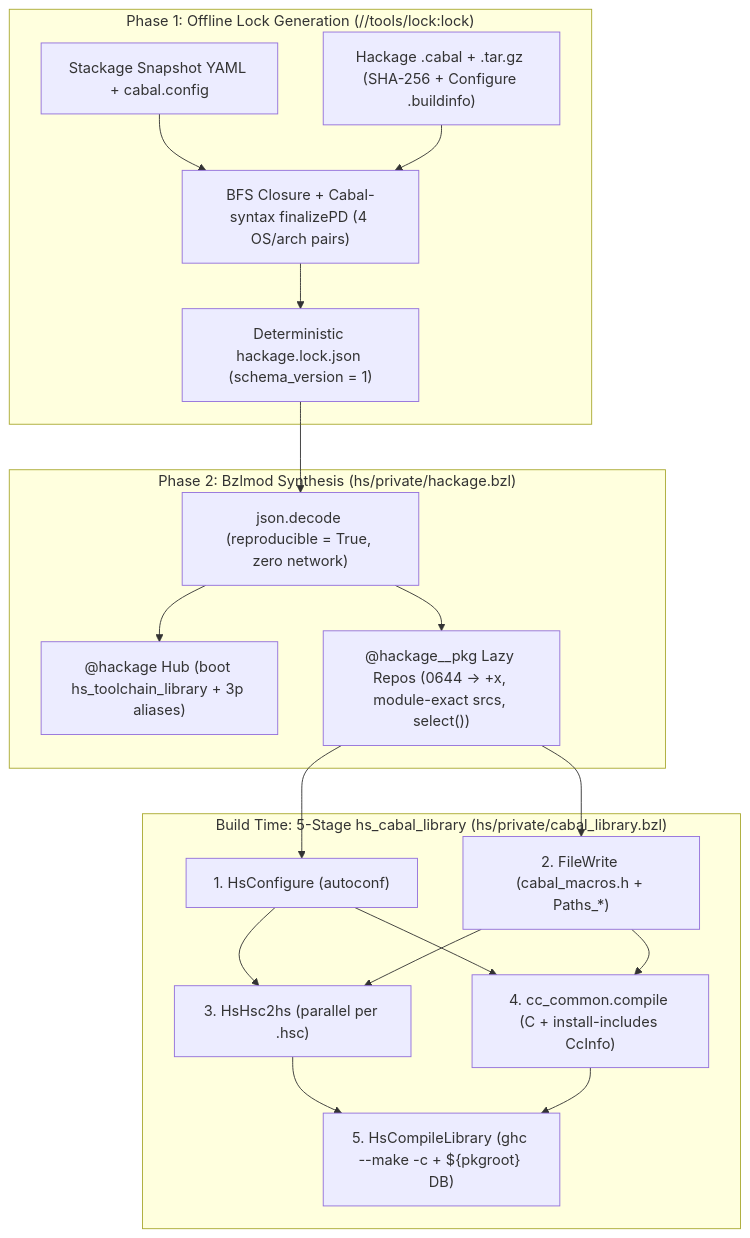
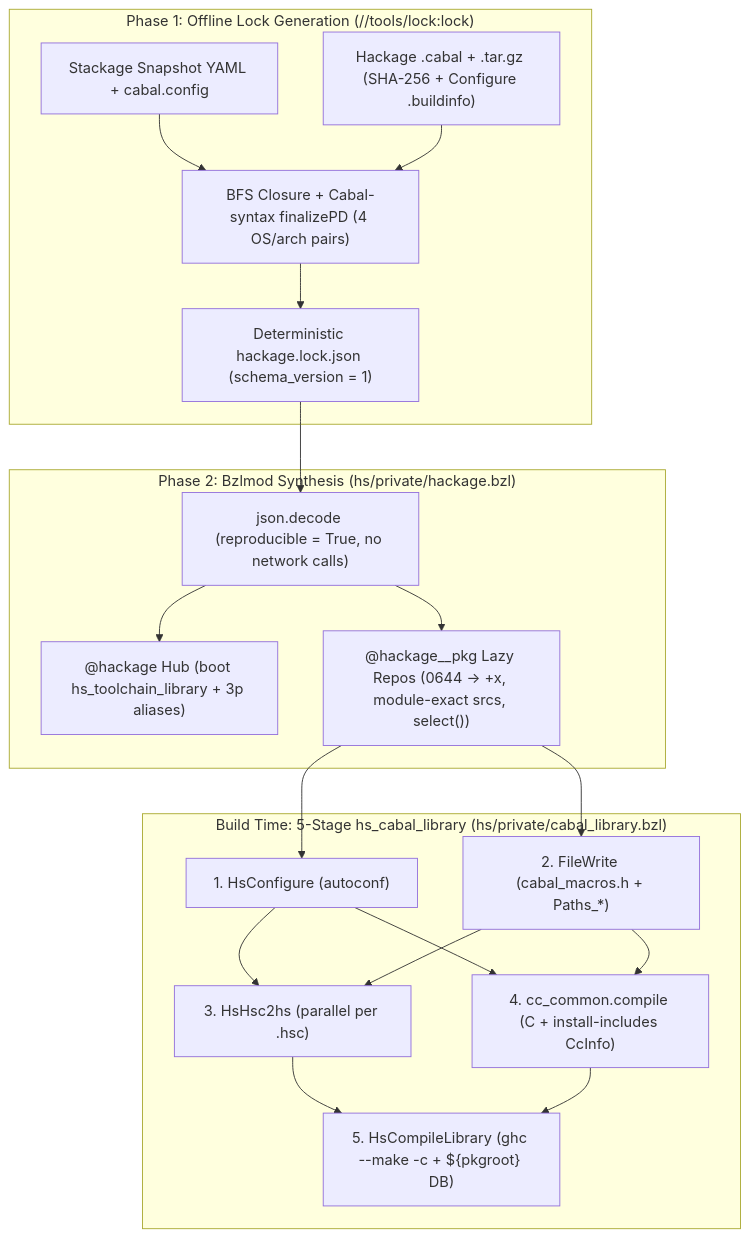
Before and after one commit to kaycebasques/hs: the first of 2 diagrams in docs/content/internals/ecosystem-and-hackage.md, drawn with Mermaid. The commit also changed other lines of this file and 3 other files, not shown here.

````diff
--- a/docs/content/internals/ecosystem-and-hackage.md
+++ b/docs/content/internals/ecosystem-and-hackage.md
@@ -15,25 +15,25 @@
 ```mermaid
 flowchart TD
     subgraph P1["Phase 1: Offline Lock Generation (//tools/lock:lock)"]
         SYAML["Stackage Snapshot YAML + cabal.config"] --> BFS["BFS Closure + Cabal-syntax finalizePD (4 OS/arch pairs)"]
         TAR["Hackage .cabal + .tar.gz (SHA-256 + Configure .buildinfo)"] --> BFS
         BFS --> LOCK["Deterministic hackage.lock.json (schema_version = 1)"]
     end
 
     subgraph P2["Phase 2: Bzlmod Synthesis (hs/private/hackage.bzl)"]
-        LOCK --> EXT["json.decode (reproducible = True, zero network)"]
+        LOCK --> EXT["json.decode (reproducible = True, no network calls)"]
         EXT --> HUB["@hackage Hub (boot hs_toolchain_library + 3p aliases)"]
         EXT --> LAZY["@hackage__pkg Lazy Repos (0644 -> +x, module-exact srcs, select())"]
     end
 
     subgraph P3["Build Time: 5-Stage hs_cabal_library (hs/private/cabal_library.bzl)"]
         LAZY --> S1["1. HsConfigure (autoconf)"]
         LAZY --> S2["2. FileWrite (cabal_macros.h + Paths_*)"]
         S1 --> S3["3. HsHsc2hs (parallel per .hsc)"]
         S2 --> S3
         S1 --> S4["4. cc_common.compile (C + install-includes CcInfo)"]
         S2 --> S4
         S3 --> S5["5. HsCompileLibrary (ghc --make -c + ${pkgroot} DB)"]
         S4 --> S5
     end
 ```
````
